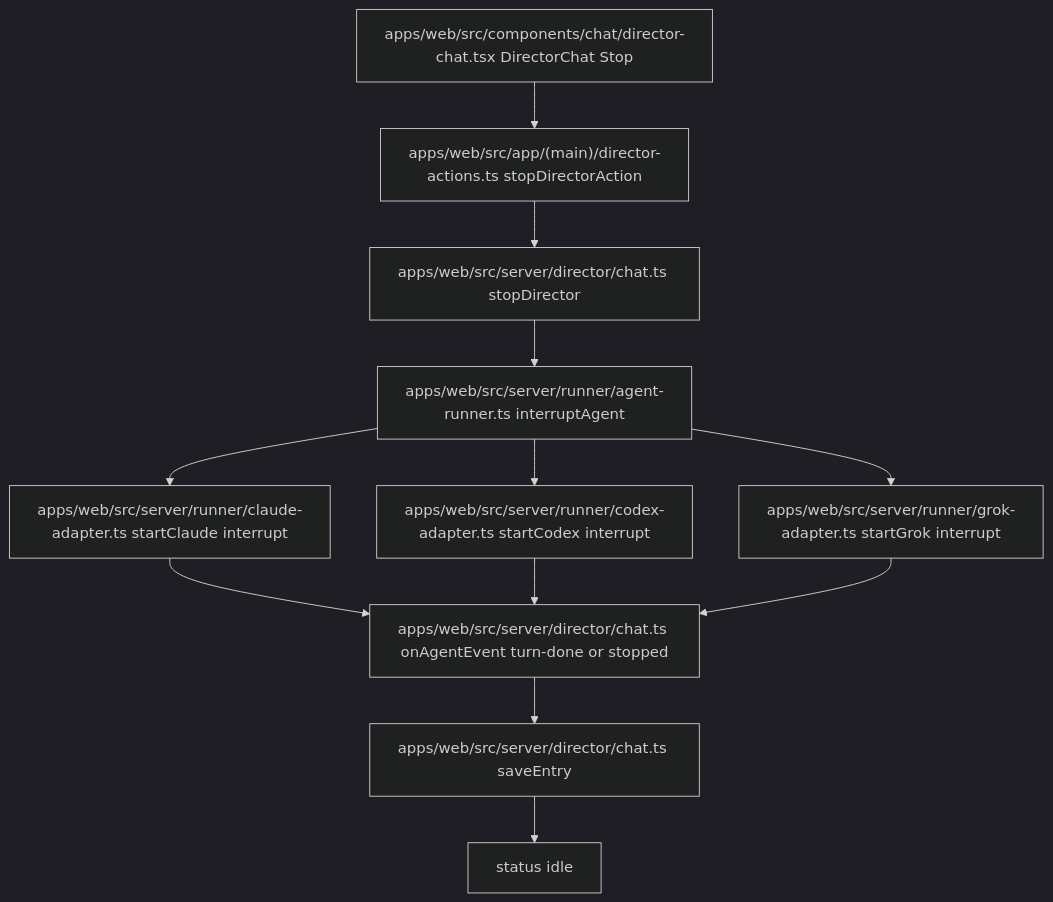
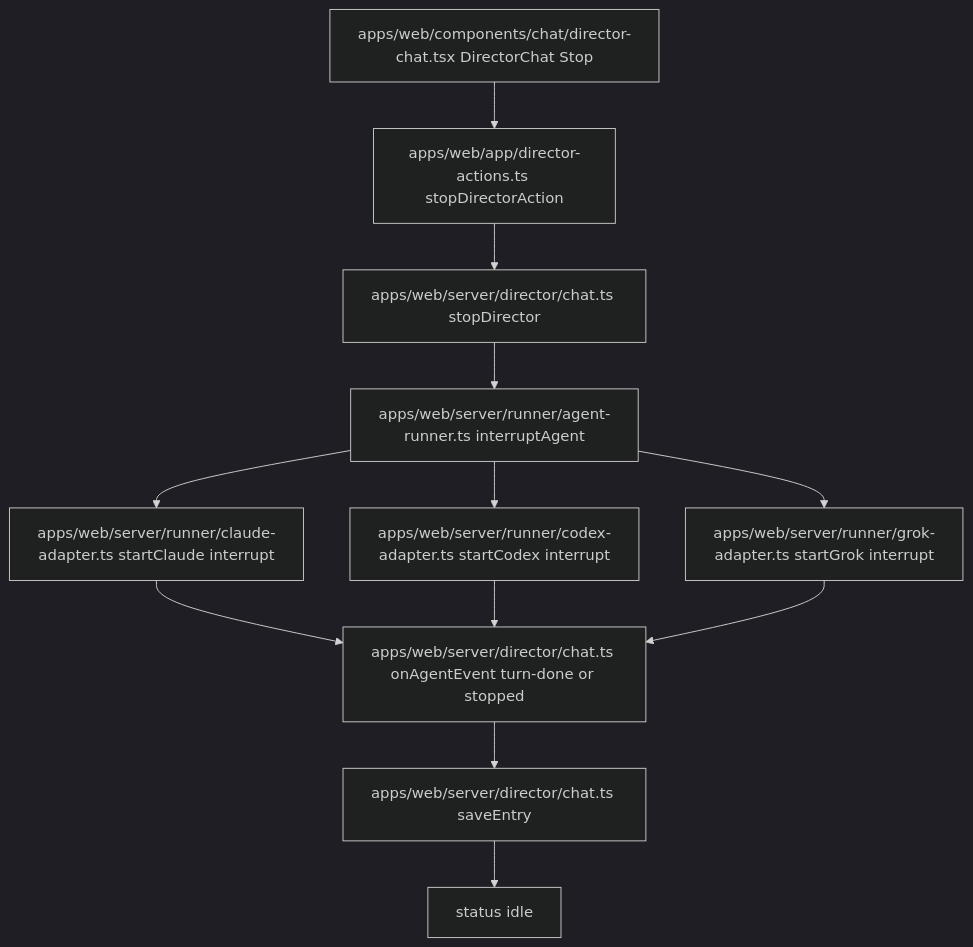
One commit to devjiwonchoi/busyboy changed the fifth of 5 diagrams in DOMAIN.md. Above: the diagram before and after it, drawn with Mermaid (dark theme). The commit also changed other lines of this file and 72 other files, not shown here.

First line of the commit message:
Enforce the shadcn theme and flatten the web app.

````diff
--- a/DOMAIN.md
+++ b/DOMAIN.md
@@ -151,14 +150,14 @@
 ```mermaid
 flowchart TD
-  Button["apps/web/src/components/chat/director-chat.tsx DirectorChat Stop"] --> Action["apps/web/src/app/(main)/director-actions.ts stopDirectorAction"]
-  Action --> Stop["apps/web/src/server/director/chat.ts stopDirector"]
-  Stop --> Interrupt["apps/web/src/server/runner/agent-runner.ts interruptAgent"]
-  Interrupt --> Claude["apps/web/src/server/runner/claude-adapter.ts startClaude interrupt"]
-  Interrupt --> Codex["apps/web/src/server/runner/codex-adapter.ts startCodex interrupt"]
-  Interrupt --> Grok["apps/web/src/server/runner/grok-adapter.ts startGrok interrupt"]
-  Claude --> Done["apps/web/src/server/director/chat.ts onAgentEvent turn-done or stopped"]
+  Button["apps/web/components/chat/director-chat.tsx DirectorChat Stop"] --> Action["apps/web/app/director-actions.ts stopDirectorAction"]
+  Action --> Stop["apps/web/server/director/chat.ts stopDirector"]
+  Stop --> Interrupt["apps/web/server/runner/agent-runner.ts interruptAgent"]
+  Interrupt --> Claude["apps/web/server/runner/claude-adapter.ts startClaude interrupt"]
+  Interrupt --> Codex["apps/web/server/runner/codex-adapter.ts startCodex interrupt"]
+  Interrupt --> Grok["apps/web/server/runner/grok-adapter.ts startGrok interrupt"]
+  Claude --> Done["apps/web/server/director/chat.ts onAgentEvent turn-done or stopped"]
   Codex --> Done
   Grok --> Done
-  Done --> Save["apps/web/src/server/director/chat.ts saveEntry"]
+  Done --> Save["apps/web/server/director/chat.ts saveEntry"]
   Save --> Idle["status idle"]
 ```
````
